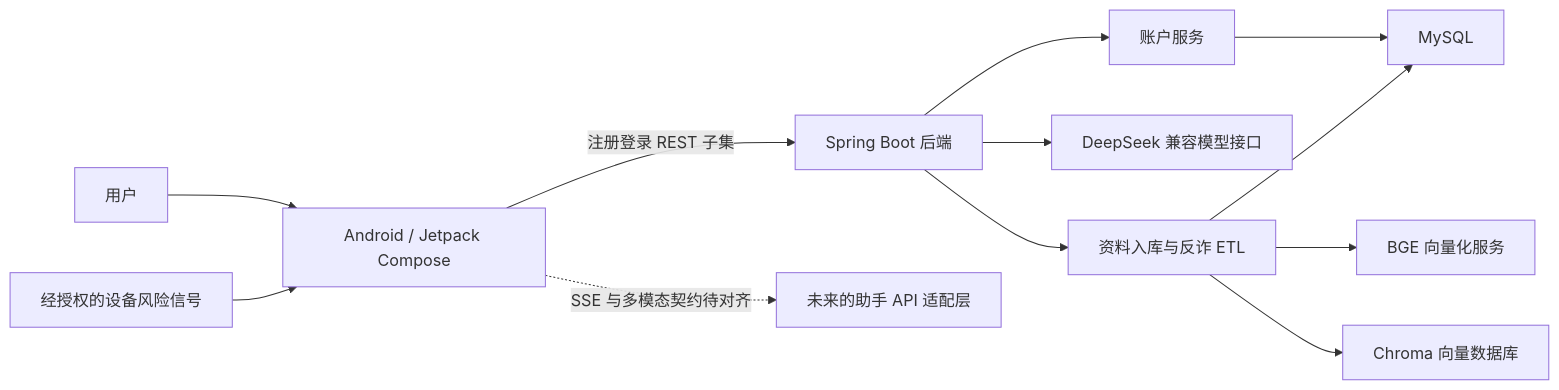
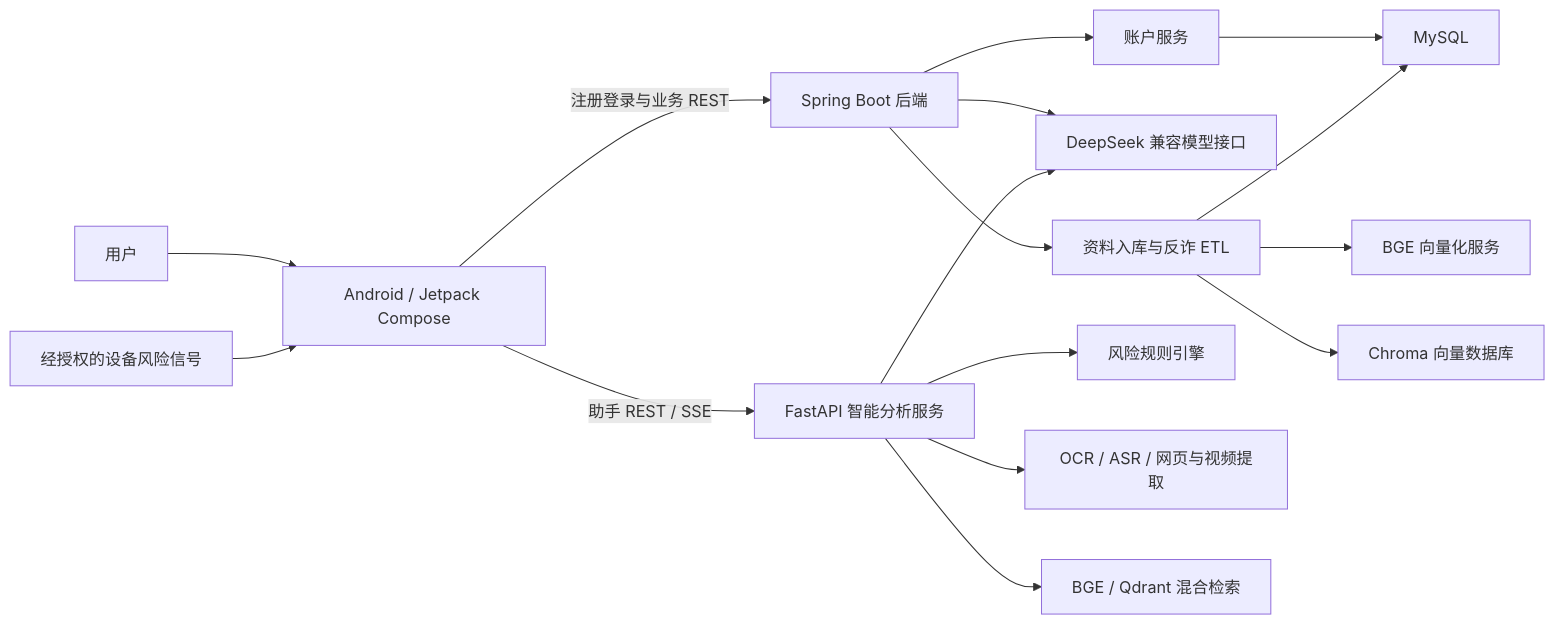
The diagram in README.md (MagicVVu/FanZha), drawn with Mermaid before and after one commit. The commit also changed other lines of this file and 3 other files, not shown here.

````diff
--- a/README.md
+++ b/README.md
@@ -43,14 +54,18 @@
 ```mermaid
 flowchart LR
     USER["用户"] --> APP["Android / Jetpack Compose"]
     DEVICE["经授权的设备风险信号"] --> APP
-    APP -->|"注册登录 REST 子集"| API["Spring Boot 后端"]
-    APP -. "SSE 与多模态契约待对齐" .-> FUTURE["未来的助手 API 适配层"]
+    APP -->|"注册登录与业务 REST"| API["Spring Boot 后端"]
+    APP -->|"助手 REST / SSE"| ASSIST["FastAPI 智能分析服务"]
     API --> AUTH["账户服务"]
     API --> AI["DeepSeek 兼容模型接口"]
     API --> ETL["资料入库与反诈 ETL"]
     AUTH --> MYSQL["MySQL"]
     ETL --> MYSQL
     ETL --> BGE["BGE 向量化服务"]
     ETL --> CHROMA["Chroma 向量数据库"]
+    ASSIST --> RULES["风险规则引擎"]
+    ASSIST --> EXTRACT["OCR / ASR / 网页与视频提取"]
+    ASSIST --> QDRANT["BGE / Qdrant 混合检索"]
+    ASSIST --> AI
 ```
````
